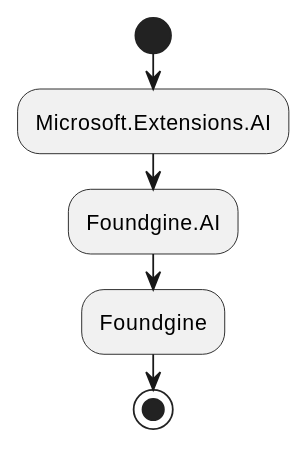
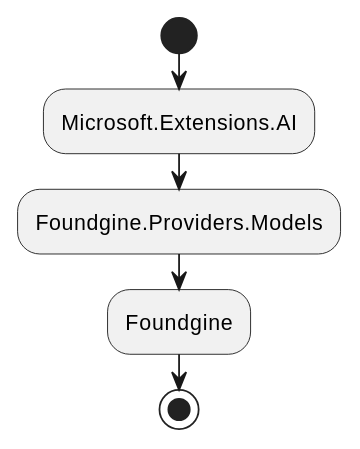
The ninth of 11 diagrams in docs/AI-AGENT.md (CristianBarragan/CoffeeBean), drawn with PlantUML before and after one commit. The commit also changed other lines of this file and 1283 other files, not shown here.

````diff
--- a/docs/AI-AGENT.md
+++ b/docs/AI-AGENT.md
@@ -210,9 +210,9 @@
 ```plantuml
 @startuml
 start
 :Microsoft.Extensions.AI;
-:Foundgine.AI;
+:Foundgine.Providers.Models;
 :Foundgine;
 stop
 @enduml
 ```
````
